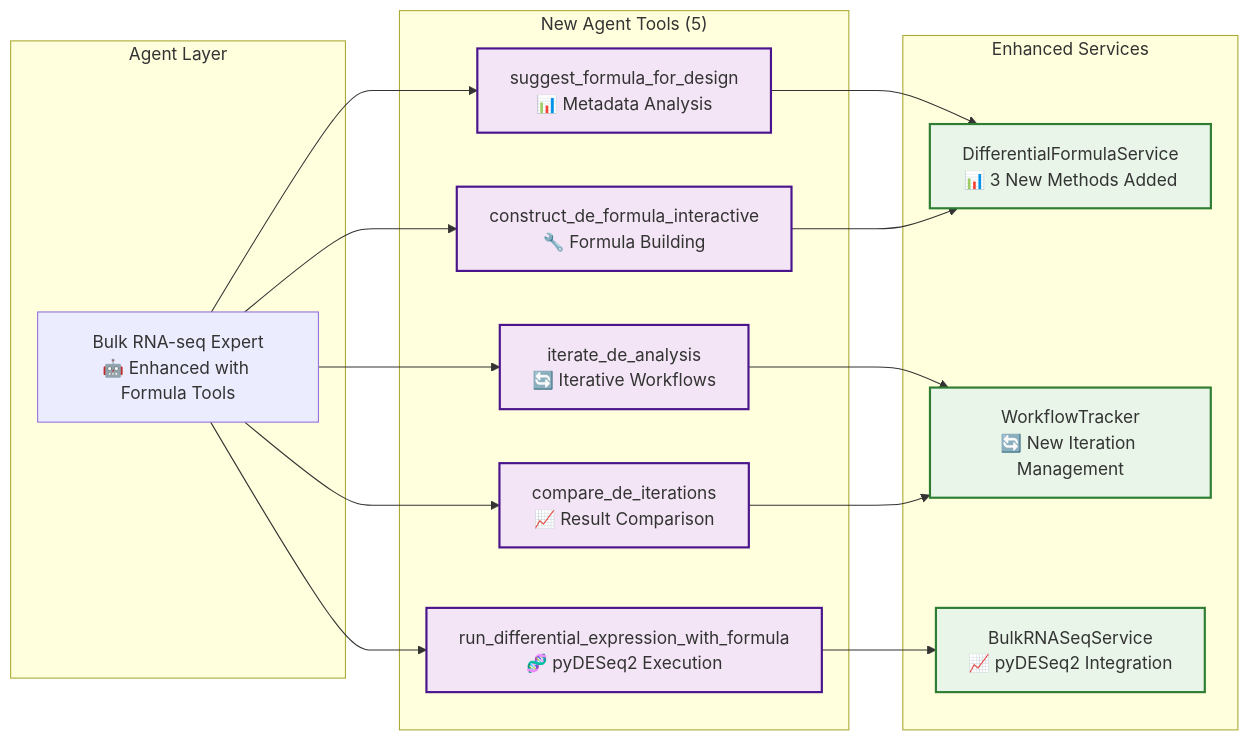
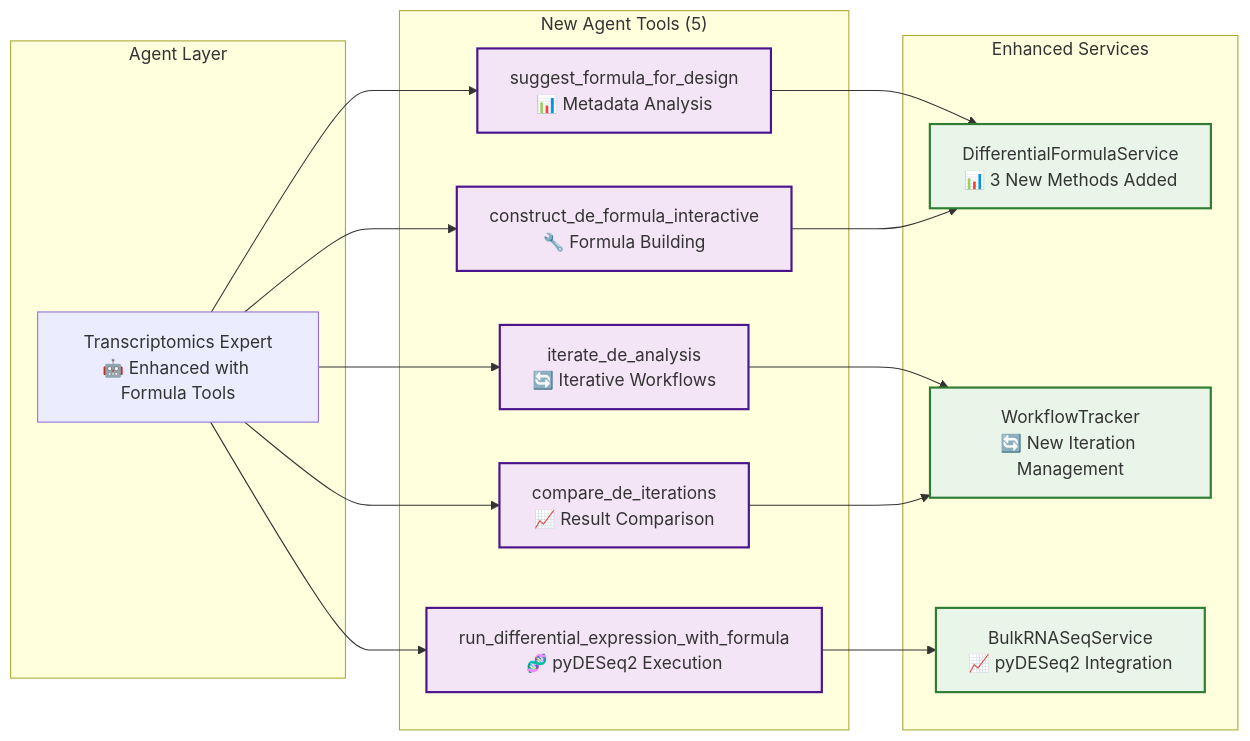
Before and after one commit to the-omics-os/lobster: diagram 11 of 12 in wiki/34-architecture-diagram.md, drawn with Mermaid. The commit also changed other lines of this file and 10 other files, not shown here.

````diff
--- a/wiki/34-architecture-diagram.md
+++ b/wiki/34-architecture-diagram.md
@@ -1226,40 +1213,40 @@
 ```mermaid
 graph LR
     subgraph "Agent Layer"
-        BRE[Bulk RNA-seq Expert<br/>🤖 Enhanced with Formula Tools]
+        BRE[Transcriptomics Expert<br/>🤖 Enhanced with Formula Tools]
     end
 
     subgraph "New Agent Tools (5)"
         T1[suggest_formula_for_design<br/>📊 Metadata Analysis]
         T2[construct_de_formula_interactive<br/>🔧 Formula Building]
         T3[run_differential_expression_with_formula<br/>🧬 pyDESeq2 Execution]
         T4[iterate_de_analysis<br/>🔄 Iterative Workflows]
         T5[compare_de_iterations<br/>📈 Result Comparison]
     end
 
     subgraph "Enhanced Services"
         FORMULA[DifferentialFormulaService<br/>📊 3 New Methods Added]
         WFLOW[WorkflowTracker<br/>🔄 New Iteration Management]
         BULK[BulkRNASeqService<br/>📈 pyDESeq2 Integration]
     end
 
     BRE --> T1
     BRE --> T2
     BRE --> T3
     BRE --> T4
     BRE --> T5
 
     T1 --> FORMULA
     T2 --> FORMULA
     T3 --> BULK
     T4 --> WFLOW
     T5 --> WFLOW
 
     classDef agent fill:#e1f5fe,stroke:#01579b,stroke-width:2px
     classDef tool fill:#f3e5f5,stroke:#4a148c,stroke-width:2px
     classDef service fill:#e8f5e8,stroke:#2e7d32,stroke-width:2px
 
-    class TE agent
+    class TE,PE agent
     class T1,T2,T3,T4,T5 tool
     class FORMULA,WFLOW,BULK service
 ```
````
